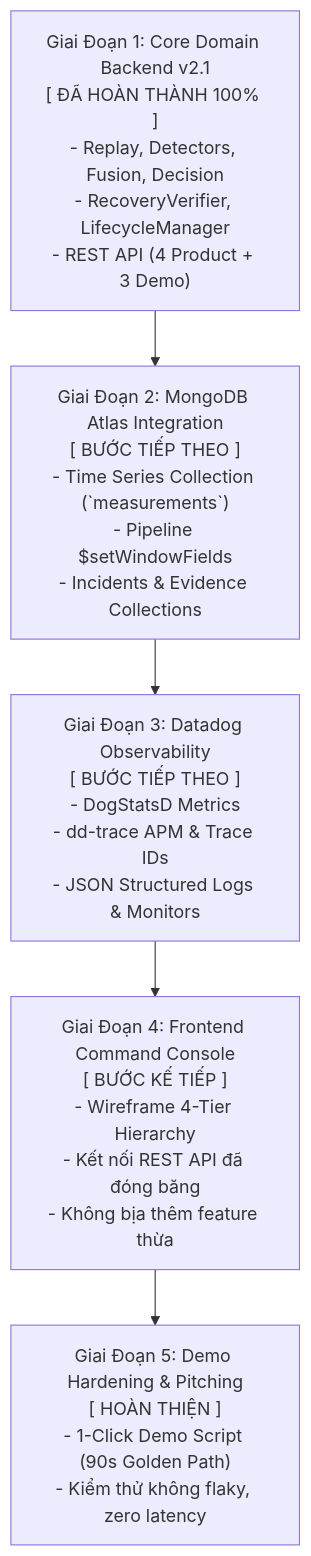
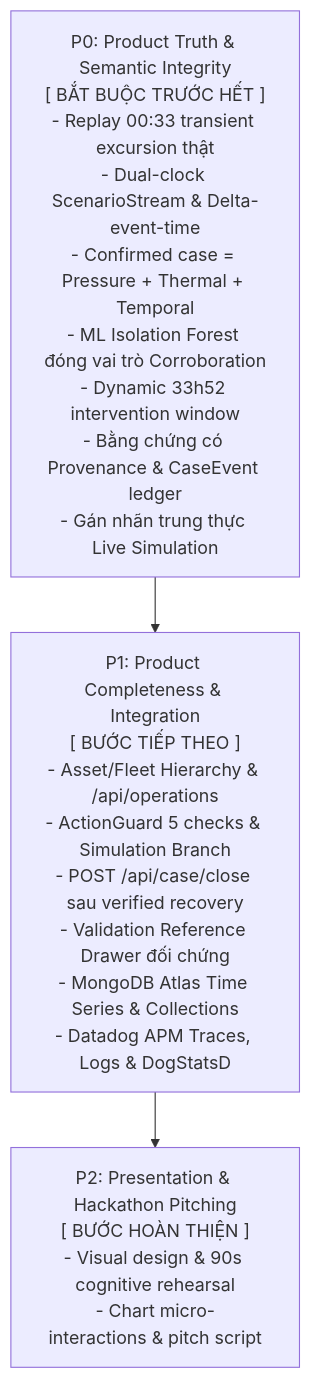
Before and after one commit to gnuhhung317/rails-ops: the third of 3 diagrams in master_context.md, drawn with Mermaid. The commit also changed other lines of this file and 10 other files, not shown here.

Commit message:
docs(context): sync master context, rail economics value model, and screen architecture

````diff
--- a/master_context.md
+++ b/master_context.md
@@ -647,13 +903,9 @@
 ```mermaid
 flowchart TD
-    P1["Giai Đoạn 1: Core Domain Backend v2.1<br/>[ ĐÃ HOÀN THÀNH 100% ]<br/>- Replay, Detectors, Fusion, Decision<br/>- RecoveryVerifier, LifecycleManager<br/>- REST API (4 Product + 3 Demo)"]
-    P2["Giai Đoạn 2: MongoDB Atlas Integration<br/>[ BƯỚC TIẾP THEO ]<br/>- Time Series Collection (`measurements`)<br/>- Pipeline $setWindowFields<br/>- Incidents & Evidence Collections"]
-    P3["Giai Đoạn 3: Datadog Observability<br/>[ BƯỚC TIẾP THEO ]<br/>- DogStatsD Metrics<br/>- dd-trace APM & Trace IDs<br/>- JSON Structured Logs & Monitors"]
-    P4["Giai Đoạn 4: Frontend Command Console<br/>[ BƯỚC KẾ TIẾP ]<br/>- Wireframe 4-Tier Hierarchy<br/>- Kết nối REST API đã đóng băng<br/>- Không bịa thêm feature thừa"]
-    P5["Giai Đoạn 5: Demo Hardening & Pitching<br/>[ HOÀN THIỆN ]<br/>- 1-Click Demo Script (90s Golden Path)<br/>- Kiểm thử không flaky, zero latency"]
+    P0["P0: Product Truth & Semantic Integrity<br/>[ BẮT BUỘC TRƯỚC HẾT ]<br/>- Replay 00:33 transient excursion thật<br/>- Dual-clock ScenarioStream & Delta-event-time<br/>- Confirmed case = Pressure + Thermal + Temporal<br/>- ML Isolation Forest đóng vai trò Corroboration<br/>- Dynamic 33h52 intervention window<br/>- Bằng chứng có Provenance & CaseEvent ledger<br/>- Gán nhãn trung thực Live Simulation"]
+    P1["P1: Product Completeness & Integration<br/>[ BƯỚC TIẾP THEO ]<br/>- Asset/Fleet Hierarchy & /api/operations<br/>- ActionGuard 5 checks & Simulation Branch<br/>- POST /api/case/close sau verified recovery<br/>- Validation Reference Drawer đối chứng<br/>- MongoDB Atlas Time Series & Collections<br/>- Datadog APM Traces, Logs & DogStatsD"]
+    P2["P2: Presentation & Hackathon Pitching<br/>[ BƯỚC HOÀN THIỆN ]<br/>- Visual design & 90s cognitive rehearsal<br/>- Chart micro-interactions & pitch script"]
 
+    P0 --> P1
     P1 --> P2
-    P2 --> P3
-    P3 --> P4
-    P4 --> P5
 ```
````
